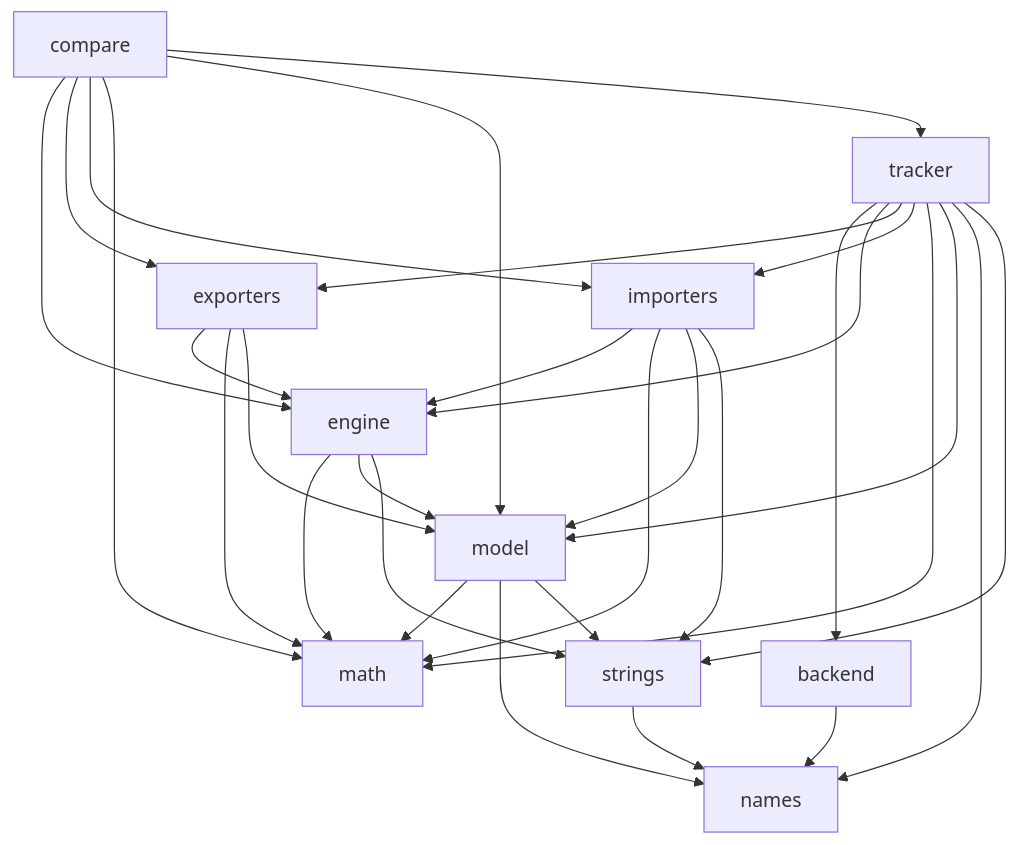
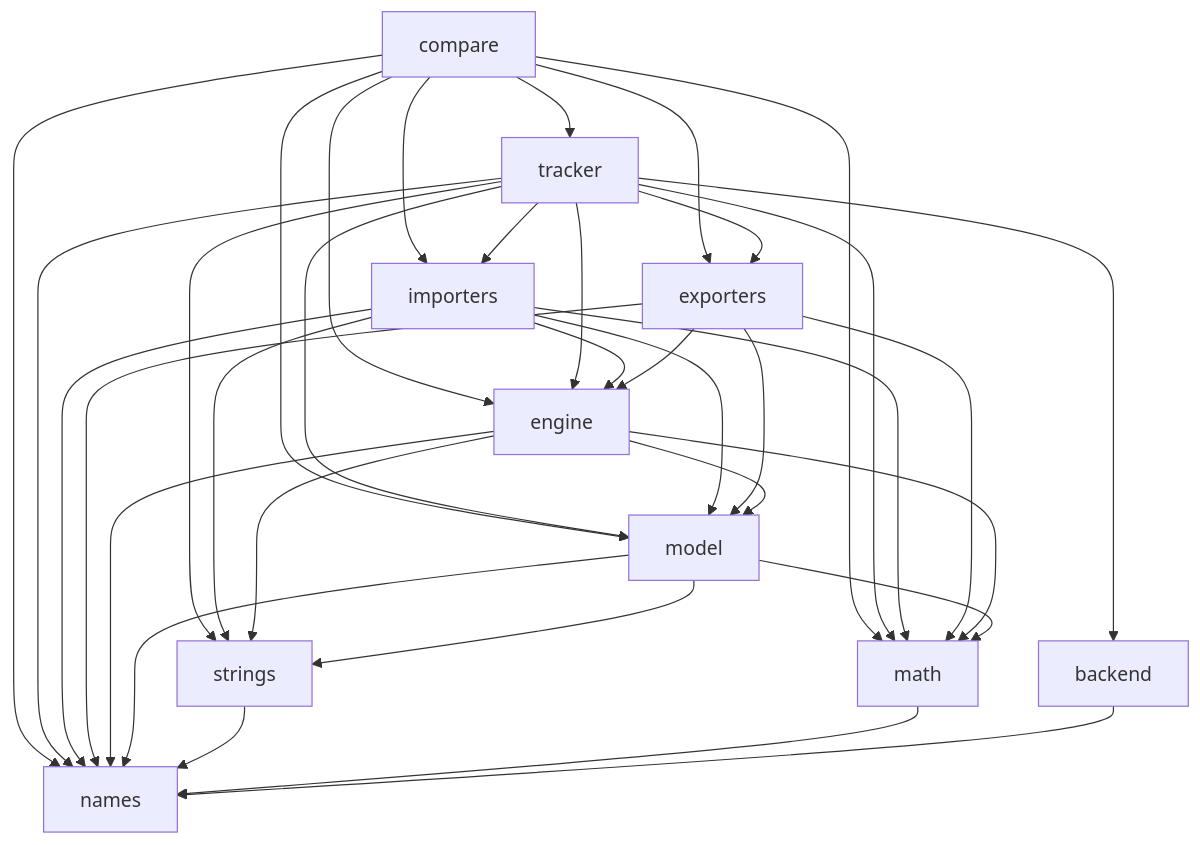
The second of 2 diagrams in developer_docs/ARCHITECTURE.md (mpdehaan/llamatron), drawn with Mermaid before and after one commit. The commit also changed 61 other files, not shown here.

````diff
--- a/developer_docs/ARCHITECTURE.md
+++ b/developer_docs/ARCHITECTURE.md
@@ -84,42 +84,47 @@
 ```mermaid
 flowchart TD
-    math["math"]
     names["names"]
     backend["backend"]
+    math["math"]
     strings["strings"]
     model["model"]
     engine["engine"]
     exporters["exporters"]
     importers["importers"]
     tracker["tracker"]
     compare["compare"]
     compare --> engine
     compare --> exporters
     compare --> importers
     compare --> math
     compare --> model
+    compare --> names
     compare --> tracker
     tracker --> backend
     tracker --> engine
     tracker --> exporters
     tracker --> importers
     tracker --> math
     tracker --> model
     tracker --> names
     tracker --> strings
     importers --> engine
     importers --> math
     importers --> model
+    importers --> names
     importers --> strings
     exporters --> engine
     exporters --> math
     exporters --> model
+    exporters --> names
     engine --> math
     engine --> model
+    engine --> names
     engine --> strings
     model --> math
     model --> names
     model --> strings
     strings --> names
+    math --> names
     backend --> names
 ```
````
